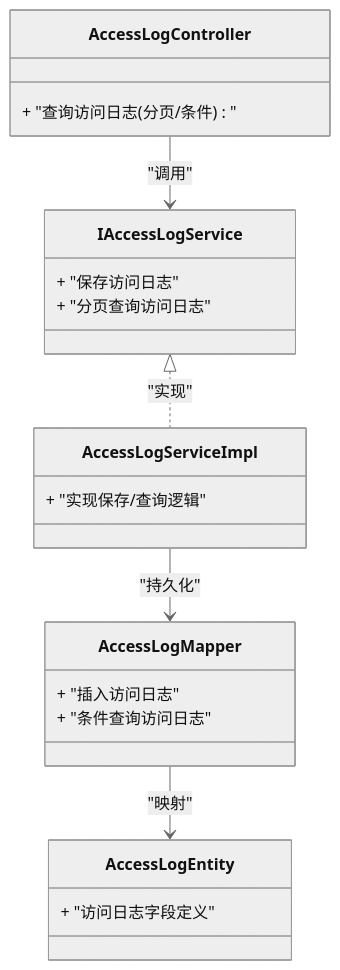
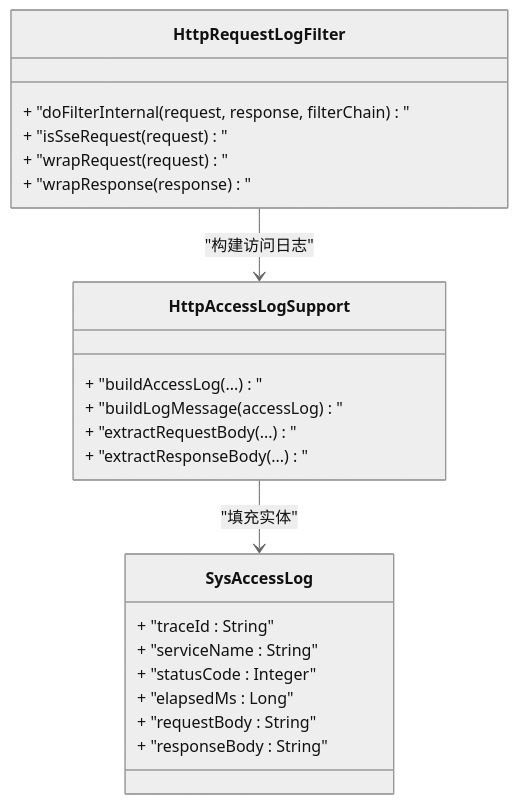
One commit to DrunkFood/First changed the third of 8 diagrams in .qoder/repowiki/zh/content/后端服务/公共模块 (ele-ai-tender-common)/日志记录与链路追踪.md. Above: the diagram before and after it, drawn with Mermaid (neutral theme). The commit also changed other lines of this file and 66 other files, not shown here.

````diff
--- a/.qoder/repowiki/zh/content/后端服务/公共模块 (ele-ai-tender-common)/日志记录与链路追踪.md
+++ b/.qoder/repowiki/zh/content/后端服务/公共模块 (ele-ai-tender-common)/日志记录与链路追踪.md
@@ -160,24 +143,25 @@
 ```mermaid
 classDiagram
-class AccessLogController {
-+ "查询访问日志(分页/条件)"
+class HttpRequestLogFilter {
++ "doFilterInternal(request, response, filterChain)"
++ "isSseRequest(request)"
++ "wrapRequest(request)"
++ "wrapResponse(response)"
 }
-class IAccessLogService {
-+ "保存访问日志"
-+ "分页查询访问日志"
+class HttpAccessLogSupport {
++ "buildAccessLog(...)"
++ "buildLogMessage(accessLog)"
++ "extractRequestBody(...)"
++ "extractResponseBody(...)"
 }
-class AccessLogServiceImpl {
-+ "实现保存/查询逻辑"
+class SysAccessLog {
++ "traceId : String"
++ "serviceName : String"
++ "statusCode : Integer"
++ "elapsedMs : Long"
++ "requestBody : String"
++ "responseBody : String"
 }
-class AccessLogMapper {
-+ "插入访问日志"
-+ "条件查询访问日志"
-}
-class AccessLogEntity {
-+ "访问日志字段定义"
-}
-AccessLogController --> IAccessLogService : "调用"
-IAccessLogService <|.. AccessLogServiceImpl : "实现"
-AccessLogServiceImpl --> AccessLogMapper : "持久化"
-AccessLogMapper --> AccessLogEntity : "映射"
+HttpRequestLogFilter --> HttpAccessLogSupport : "构建访问日志"
+HttpAccessLogSupport --> SysAccessLog : "填充实体"
 ```
````
